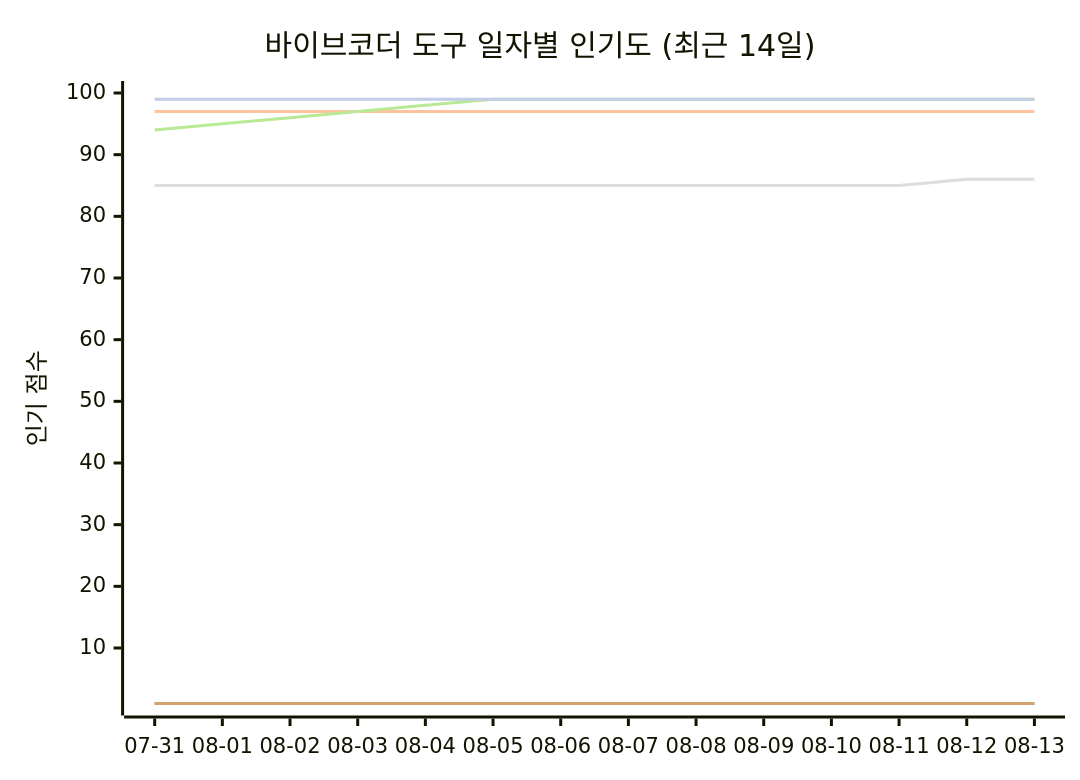
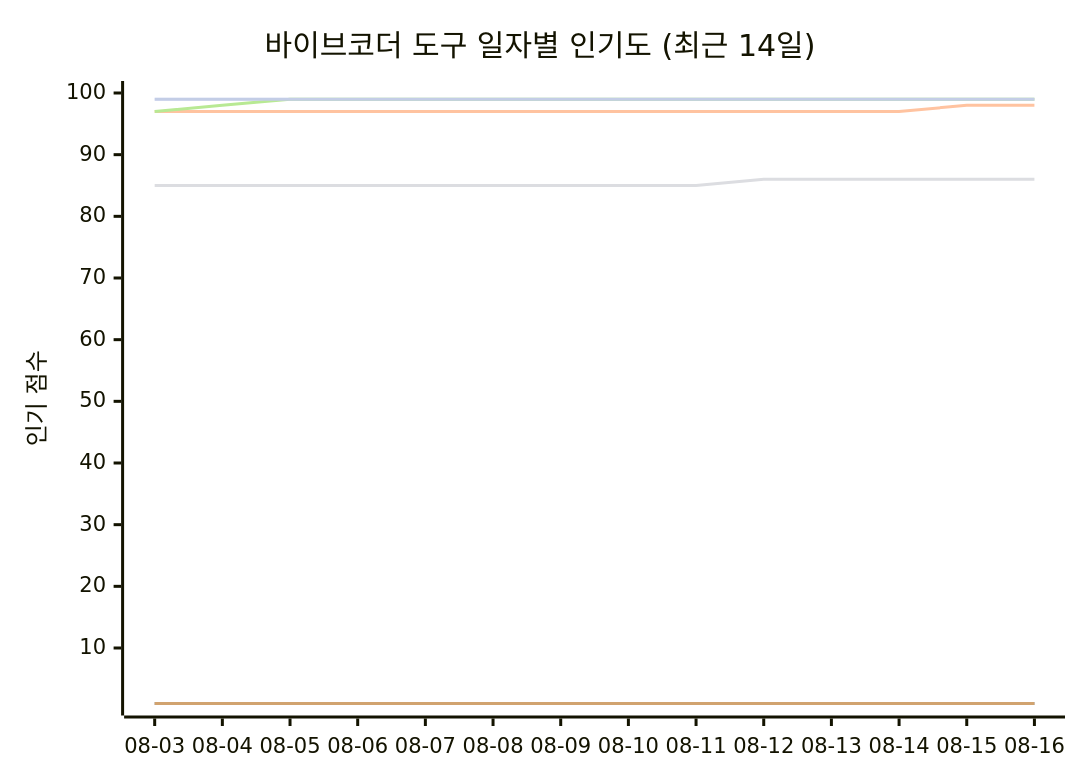
One commit to tykimos/ai-whatchelin changed the seventh of 11 diagrams in README_ko.md. Above: the diagram before and after it, drawn with Mermaid. The commit also changed other lines of this file and 4 other files, not shown here.

````diff
--- a/README_ko.md
+++ b/README_ko.md
@@ -2222,13 +2243,13 @@
 ```mermaid
 xychart-beta
     title "바이브코더 도구 일자별 인기도 (최근 14일)"
-    x-axis ["07-31", "08-01", "08-02", "08-03", "08-04", "08-05", "08-06", "08-07", "08-08", "08-09", "08-10", "08-11", "08-12", "08-13"]
+    x-axis ["08-03", "08-04", "08-05", "08-06", "08-07", "08-08", "08-09", "08-10", "08-11", "08-12", "08-13", "08-14", "08-15", "08-16"]
     y-axis "인기 점수" 1 --> 100
     line "Claude Code" [99, 99, 99, 99, 99, 99, 99, 99, 99, 99, 99, 99, 99, 99]
     line "GH Copilot" [1, 1, 1, 1, 1, 1, 1, 1, 1, 1, 1, 1, 1, 1]
-    line "Cursor" [97, 97, 97, 97, 97, 97, 97, 97, 97, 97, 97, 97, 97, 97]
-    line "Windsurf" [85, 85, 85, 85, 85, 85, 85, 85, 85, 85, 85, 85, 86, 86]
-    line "Codex CLI" [94, 95, 96, 97, 98, 99, 99, 99, 99, 99, 99, 99, 99, 99]
+    line "Cursor" [97, 97, 97, 97, 97, 97, 97, 97, 97, 97, 97, 97, 98, 98]
+    line "Windsurf" [85, 85, 85, 85, 85, 85, 85, 85, 85, 86, 86, 86, 86, 86]
+    line "Codex CLI" [97, 98, 99, 99, 99, 99, 99, 99, 99, 99, 99, 99, 99, 99]
     line "Gemini CLI" [1, 1, 1, 1, 1, 1, 1, 1, 1, 1, 1, 1, 1, 1]
     line "Antigravity" [99, 99, 99, 99, 99, 99, 99, 99, 99, 99, 99, 99, 99, 99]
 ```
````
